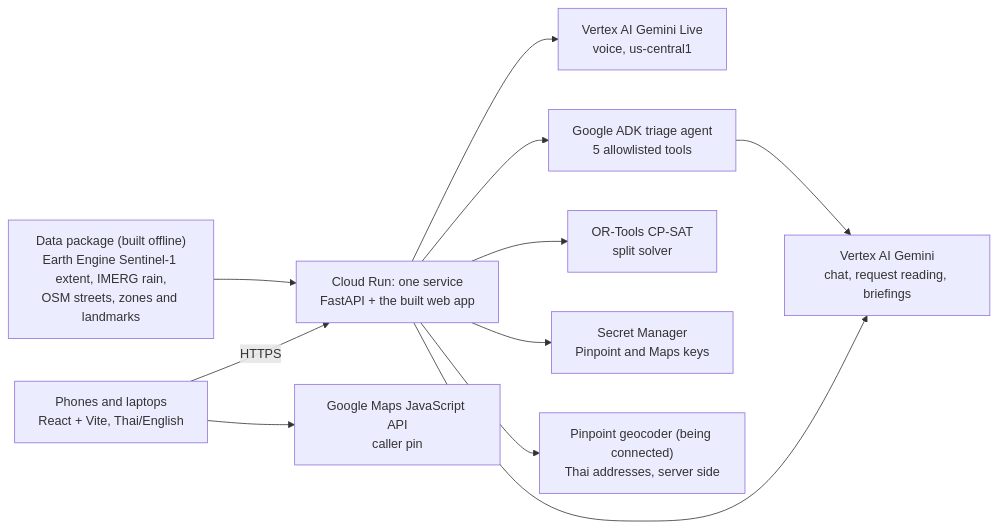
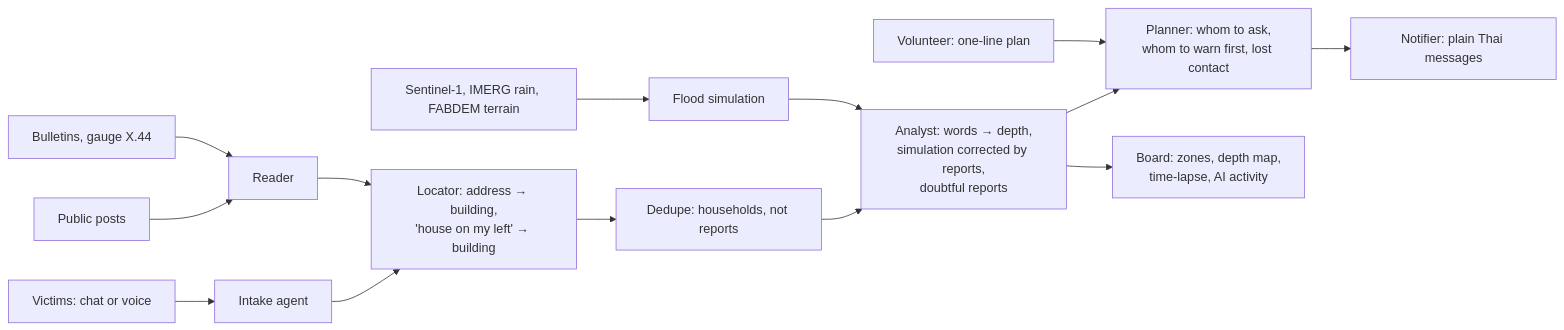
One commit to Supphaset/ReachPoint changed the diagram in README.md. Above: the diagram before and after it, drawn with Mermaid. The commit also changed other lines of this file and 5 other files, not shown here.

First line of the commit message:
Claude as a switchable reader for local work (REACHPOINT_LLM=claude via claude -p); v2 README, video script, deck outline

````diff
--- a/README.md
+++ b/README.md
@@ -94,13 +37,16 @@
 ```mermaid
 flowchart LR
-  P["Phones and laptops<br/>React + Vite, Thai/English"] -->|HTTPS| R["Cloud Run: one service<br/>FastAPI + the built web app"]
-  R --> G["Vertex AI Gemini<br/>chat, request reading, briefings"]
-  R --> L["Vertex AI Gemini Live<br/>voice, us-central1"]
-  R --> A["Google ADK triage agent<br/>5 allowlisted tools"]
-  A --> G
-  R --> O["OR-Tools CP-SAT<br/>split solver"]
-  R --> SM["Secret Manager<br/>Pinpoint and Maps keys"]
-  P --> M["Google Maps JavaScript API<br/>caller pin"]
-  R --> PP["Pinpoint geocoder (being connected)<br/>Thai addresses, server side"]
-  D["Data package (built offline)<br/>Earth Engine Sentinel-1 extent, IMERG rain,<br/>OSM streets, zones and landmarks"] --> R
+  V["Victims: chat or voice"] --> I["Intake agent"]
+  P["Public posts"] --> RD["Reader"]
+  B["Bulletins, gauge X.44"] --> RD
+  S["Sentinel-1, IMERG rain, FABDEM terrain"] --> SIM["Flood simulation"]
+  I --> L["Locator: address → building,<br/>'house on my left' → building"]
+  RD --> L
+  L --> D["Dedupe: households, not reports"]
+  D --> A["Analyst: words → depth,<br/>simulation corrected by reports,<br/>doubtful reports"]
+  SIM --> A
+  A --> PL["Planner: whom to ask,<br/>whom to warn first, lost contact"]
+  PL --> N["Notifier: plain Thai messages"]
+  VP["Volunteer: one-line plan"] --> PL
+  A --> BD["Board: zones, depth map,<br/>time-lapse, AI activity"]
 ```
````
